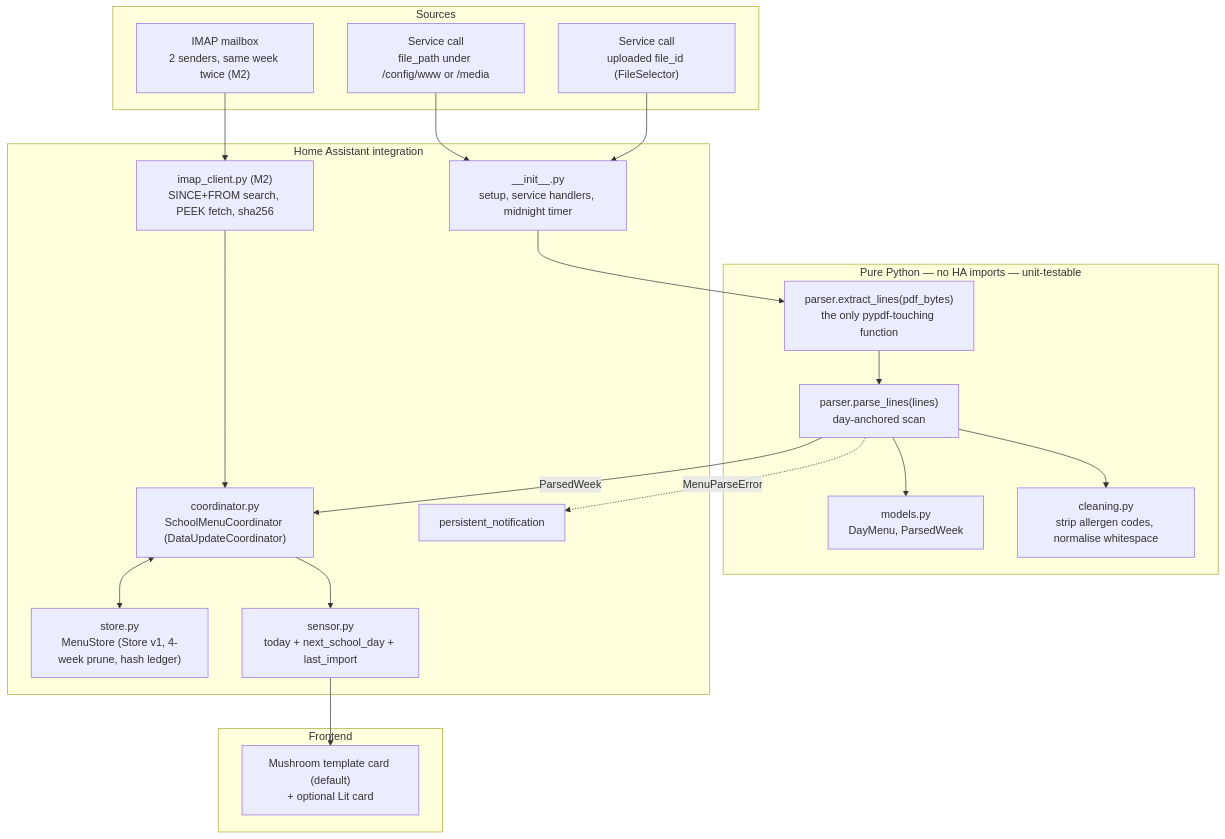
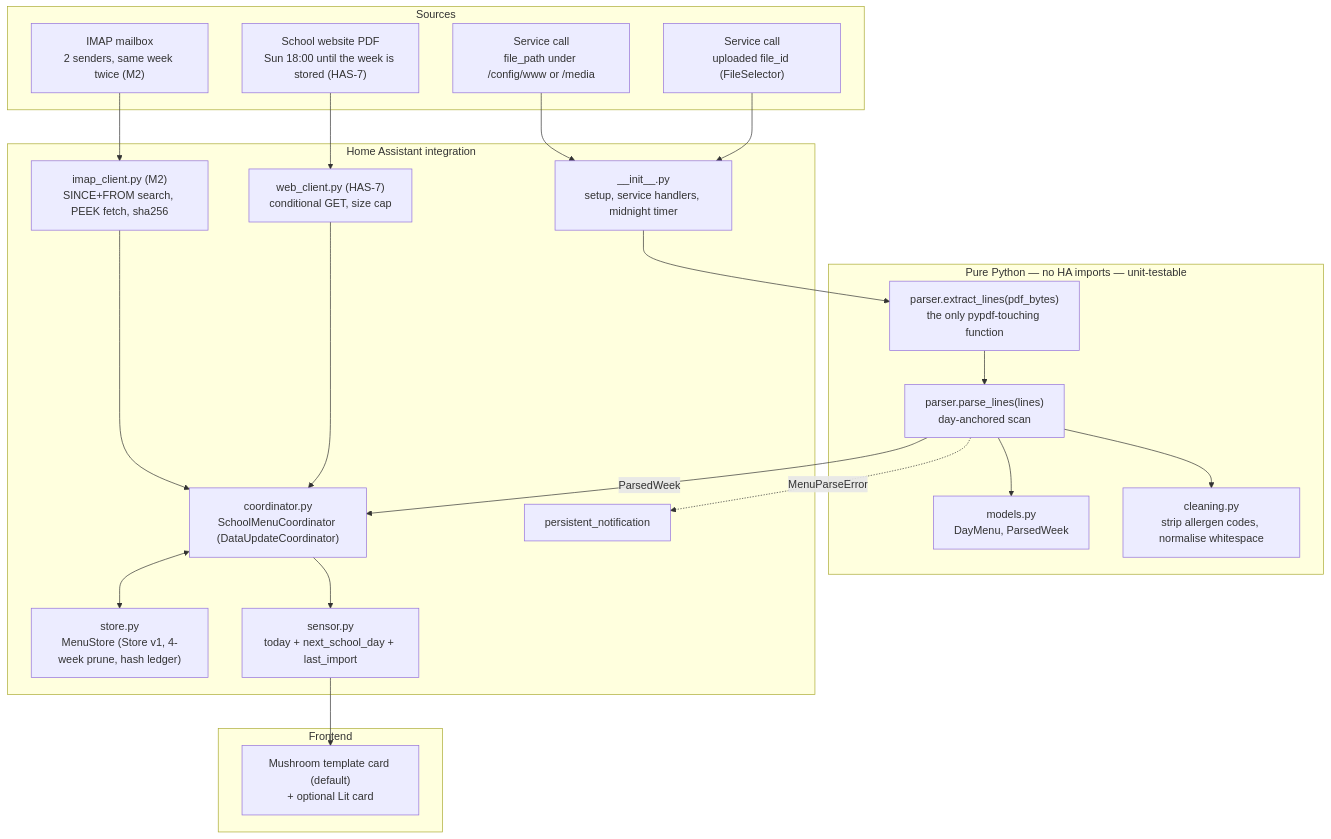
The first of 2 diagrams in docs/0002-design.md (helmerj/HA-Speiseplan), drawn with Mermaid before and after one commit. The commit also changed other lines of this file and 22 other files, not shown here.

First line of the commit message:
feat(HAS-7): the school website PDF as a second, time-boxed source

````diff
--- a/docs/0002-design.md
+++ b/docs/0002-design.md
@@ -49,41 +49,44 @@
 ```mermaid
 flowchart TB
     subgraph src["Sources"]
         A1["Service call<br/>file_path under /config/www or /media"]
         A2["Service call<br/>uploaded file_id (FileSelector)"]
         A3["IMAP mailbox<br/>2 senders, same week twice (M2)"]
+        A4["School website PDF<br/>Sun 18:00 until the week is stored (HAS-7)"]
     end
 
     subgraph pure["Pure Python — no HA imports — unit-testable"]
         E["parser.extract_lines(pdf_bytes)<br/>the only pypdf-touching function"]
         P["parser.parse_lines(lines)<br/>day-anchored scan"]
         M["models.py<br/>DayMenu, ParsedWeek"]
         C["cleaning.py<br/>strip allergen codes, normalise whitespace"]
     end
 
     subgraph ha["Home Assistant integration"]
         I["__init__.py<br/>setup, service handlers, midnight timer"]
         IM["imap_client.py (M2)<br/>SINCE+FROM search, PEEK fetch, sha256"]
+        WC["web_client.py (HAS-7)<br/>conditional GET, size cap"]
         CO["coordinator.py<br/>SchoolMenuCoordinator (DataUpdateCoordinator)"]
         ST["store.py<br/>MenuStore (Store v1, 4-week prune, hash ledger)"]
         SE["sensor.py<br/>today + next_school_day + last_import"]
         N["persistent_notification"]
     end
 
     subgraph fe["Frontend"]
         CARD["Mushroom template card (default)<br/>+ optional Lit card"]
     end
 
     A1 --> I
     A2 --> I
     A3 --> IM --> CO
+    A4 --> WC --> CO
     I --> E
     E --> P
     P --> C
     P --> M
     P -->|ParsedWeek| CO
     P -.->|MenuParseError| N
     CO <--> ST
     CO --> SE
     SE --> CARD
 ```
````
